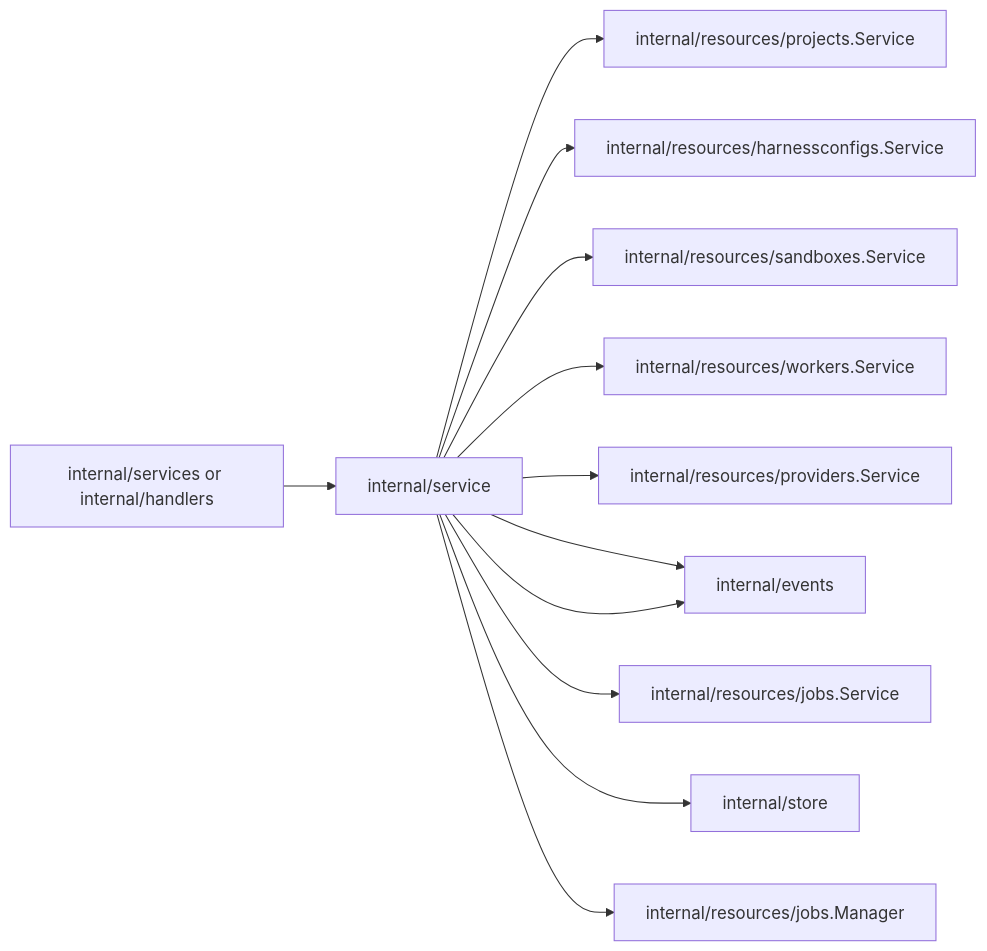
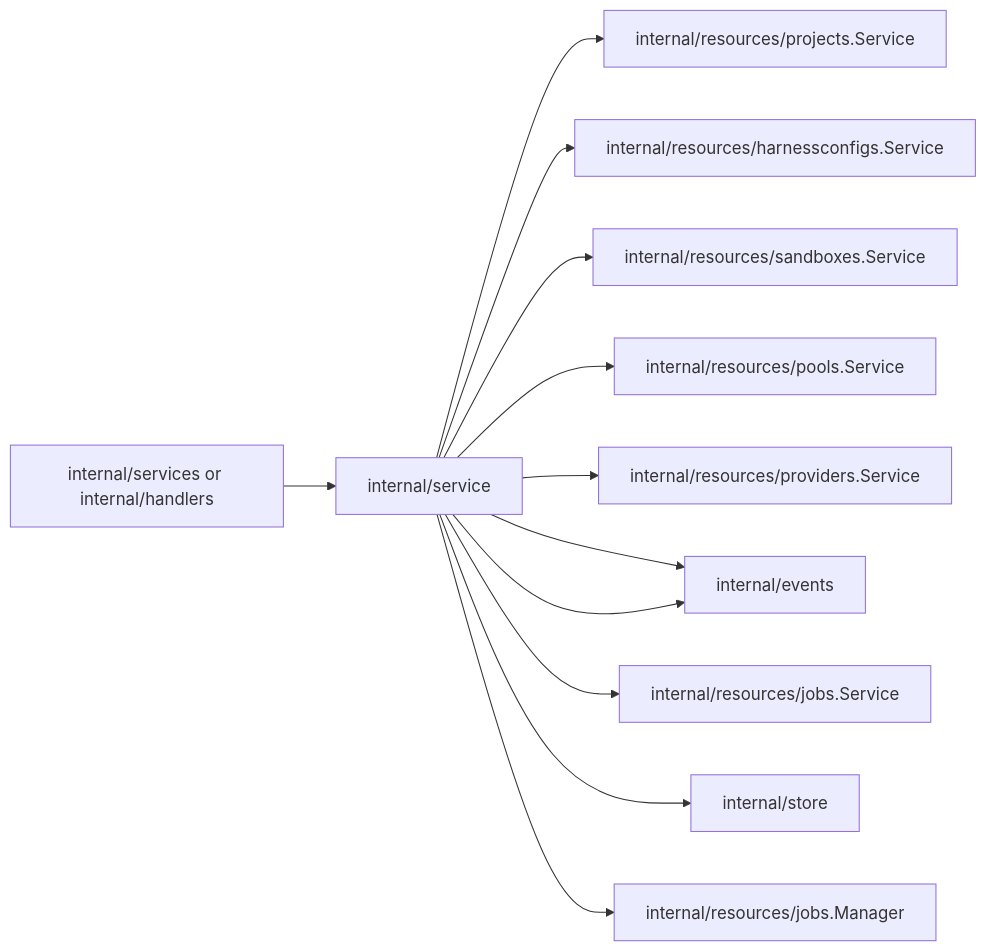
Before and after one commit to discobox-ai/discobox: the first of 2 diagrams in server/internal/service/DESIGN.md, drawn with Mermaid. The commit also changed other lines of this file and 294 other files, not shown here.

````diff
--- a/server/internal/service/DESIGN.md
+++ b/server/internal/service/DESIGN.md
@@ -9,14 +9,14 @@
 ```mermaid
 flowchart LR
     api[internal/services or internal/handlers] --> service[internal/service]
     service --> projects[internal/resources/projects.Service]
     service --> harnessconfigs[internal/resources/harnessconfigs.Service]
     service --> sandboxes[internal/resources/sandboxes.Service]
-    service --> workers[internal/resources/workers.Service]
+    service --> pools[internal/resources/pools.Service]
     service --> providers[internal/resources/providers.Service]
     service --> events[internal/resources/events.Service]
     service --> jobsvc[internal/resources/jobs.Service]
     service --> store[internal/store]
     service --> jobs[internal/resources/jobs.Manager]
     service --> events[internal/events]
 ```
````
